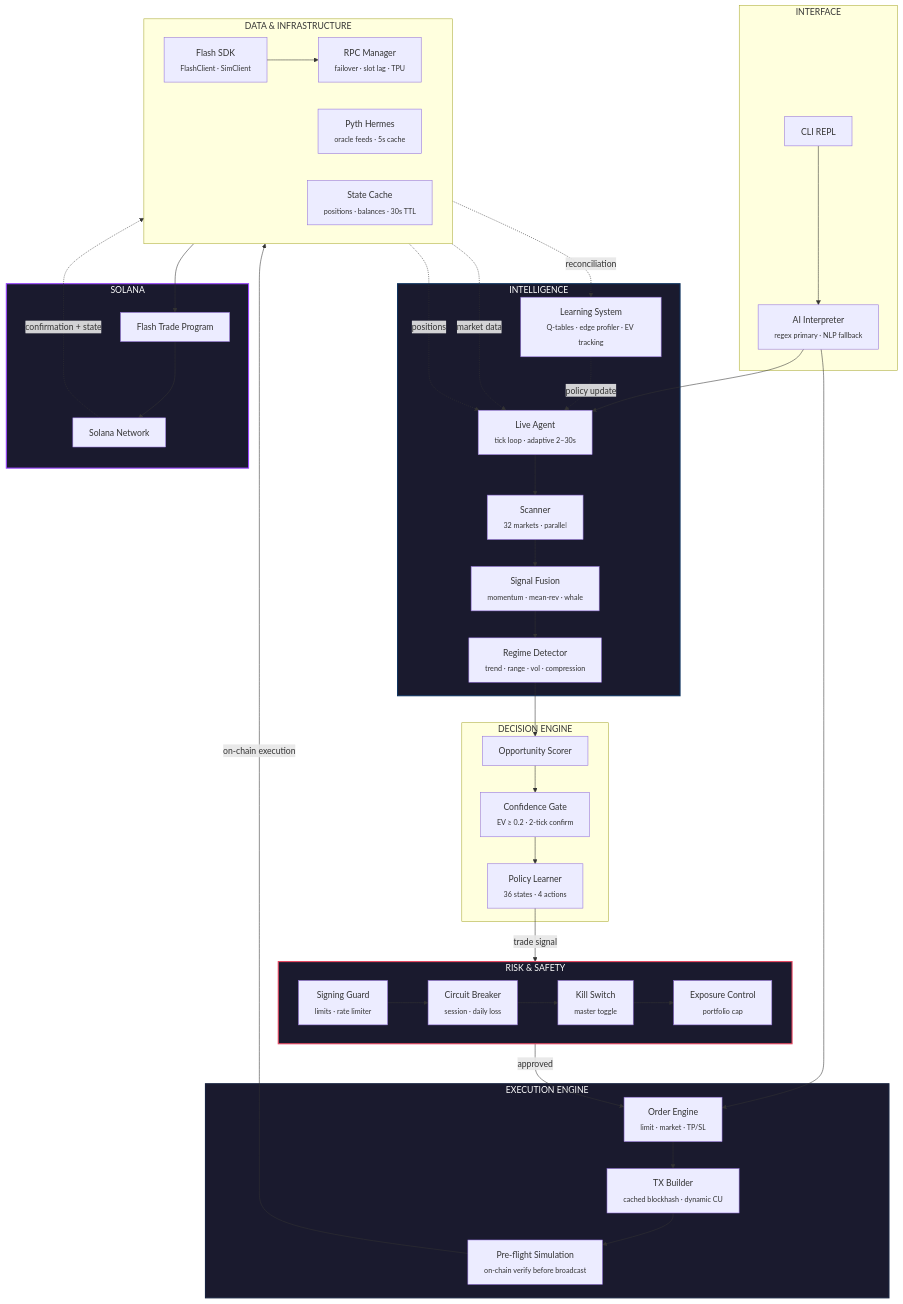
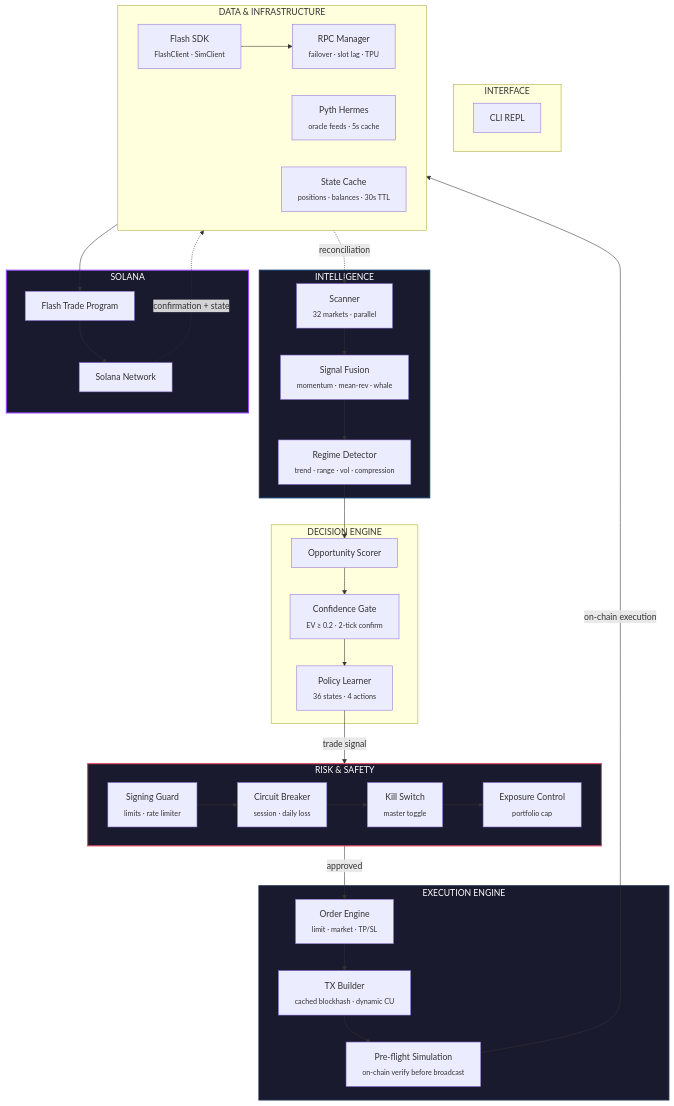
One commit to Abdr007/flash-terminal changed the diagram in README.md. Above: the diagram before and after it, drawn with Mermaid. The commit also changed other lines of this file and 4 other files, not shown here.

```diff
--- a/README.md
+++ b/README.md
@@ -96,15 +96,12 @@
 graph TB
     subgraph INTERFACE["&nbsp; INTERFACE &nbsp;"]
         CLI["CLI REPL"]
-        NLP["AI Interpreter<br/><sub>regex primary · NLP fallback</sub>"]
     end
 
     subgraph INTELLIGENCE["&nbsp; INTELLIGENCE &nbsp;"]
-        AGENT["Live Agent<br/><sub>tick loop · adaptive 2–30s</sub>"]
         SCAN["Scanner<br/><sub>32 markets · parallel</sub>"]
         STRAT["Signal Fusion<br/><sub>momentum · mean-rev · whale</sub>"]
         REGIME["Regime Detector<br/><sub>trend · range · vol · compression</sub>"]
-        LEARN["Learning System<br/><sub>Q-tables · edge profiler · EV tracking</sub>"]
     end
 
     subgraph DECISION["&nbsp; DECISION ENGINE &nbsp;"]
@@ -140,13 +137,7 @@
         SOL["Solana Network"]
     end
 
-    CLI --> NLP
-    NLP --> AGENT
-    NLP --> ORDER
 
-    PYTH -.->|"market data"| AGENT
-    CACHE -.->|"positions"| AGENT
-    AGENT --> SCAN
     SCAN --> STRAT
     STRAT --> REGIME
     REGIME --> SCORE
@@ -169,8 +160,7 @@
     FLASH --> SOL
 
     SOL -.->|"confirmation + state"| CACHE
-    CACHE -.->|"reconciliation"| LEARN
-    LEARN -.->|"policy update"| AGENT
+    CACHE -.->|"reconciliation"| SCAN
 
     style RISK fill:#1a1a2e,stroke:#e94560,stroke-width:2px,color:#fff
     style INTELLIGENCE fill:#1a1a2e,stroke:#0f3460,stroke-width:2px,color:#fff
```
